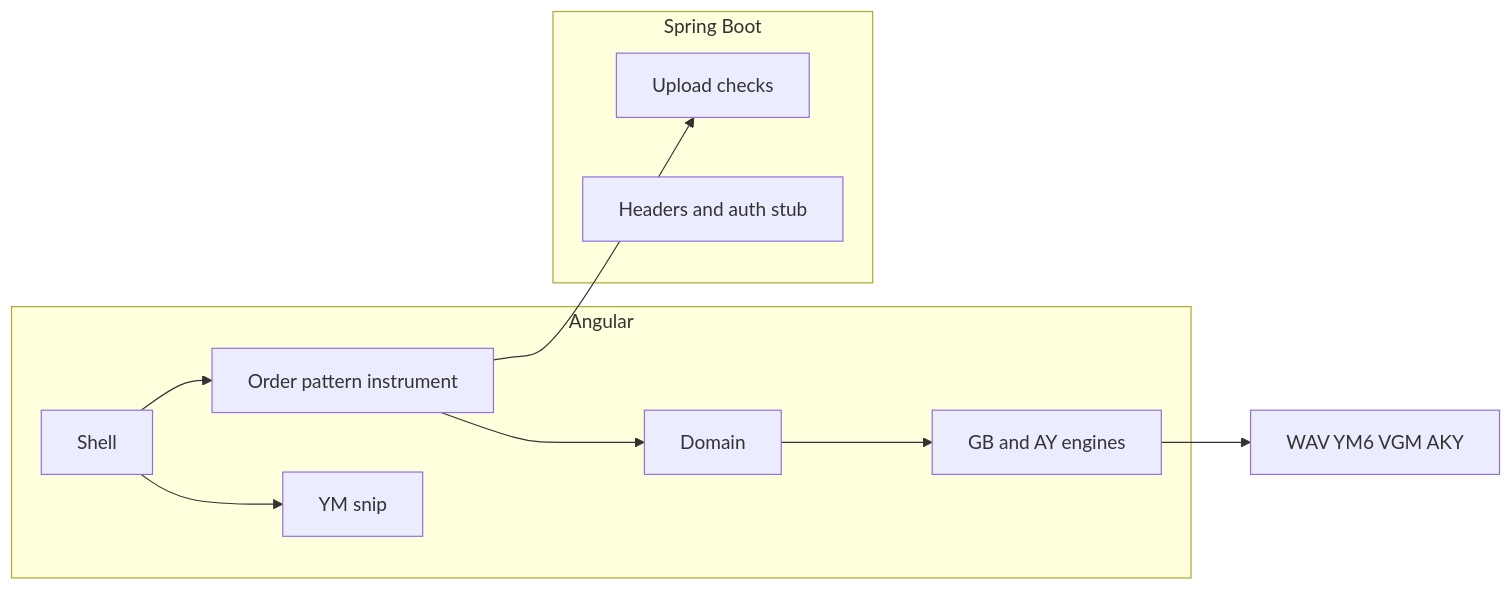
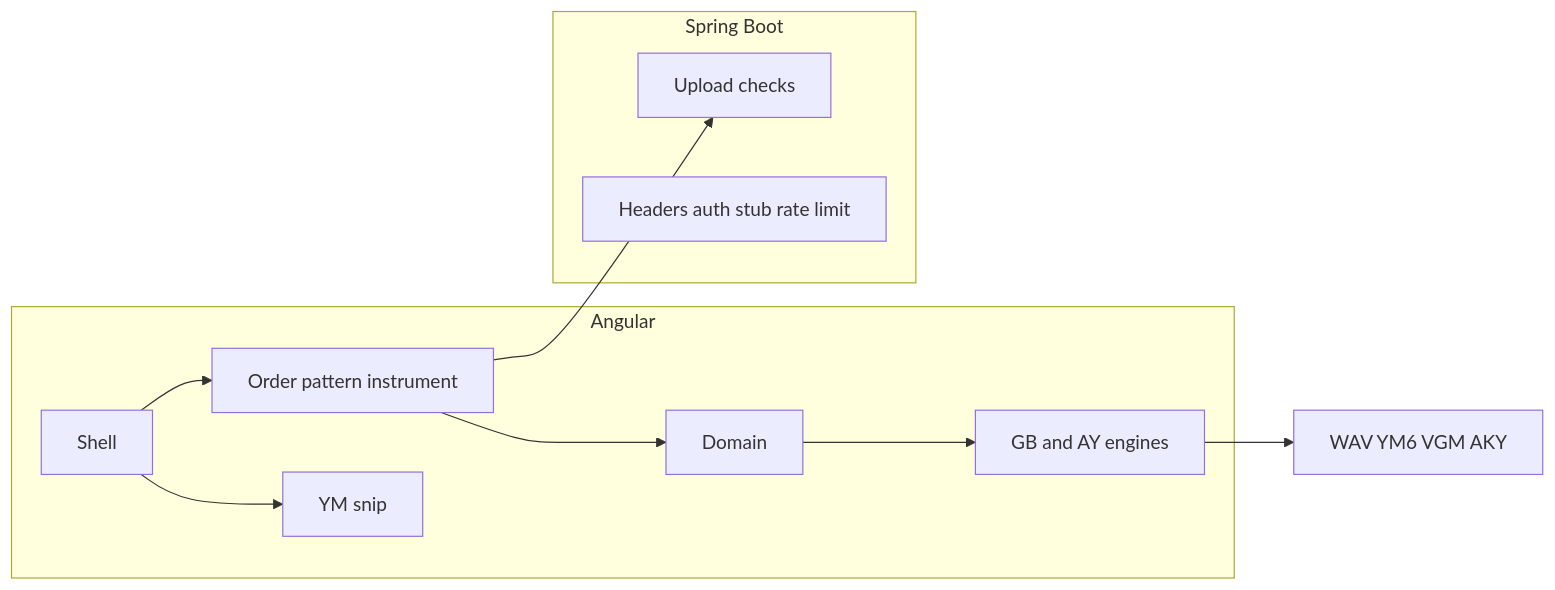
The diagram in README.md (b-mag/chippy), drawn with Mermaid before and after one commit. The commit also changed other lines of this file and 64 other files, not shown here.

````diff
--- a/README.md
+++ b/README.md
@@ -47,20 +57,20 @@
 ```mermaid
 flowchart LR
   subgraph ui [Angular]
     Shell[Shell]
     Tracker[Order pattern instrument]
     Listen[YM snip]
     Domain[Domain]
     Engines[GB and AY engines]
   end
   subgraph api [Spring Boot]
     Validate[Upload checks]
-    Security[Headers and auth stub]
+    Security[Headers auth stub rate limit]
   end
   Shell --> Tracker
   Shell --> Listen
   Tracker --> Domain
   Domain --> Engines
   Engines --> Exports[WAV YM6 VGM AKY]
   Tracker --> Validate
 ```
````
